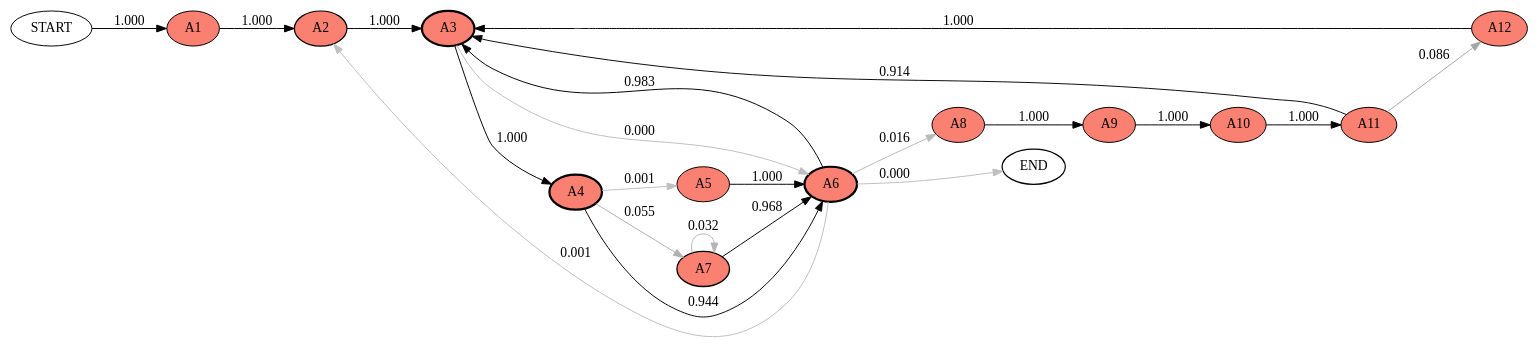
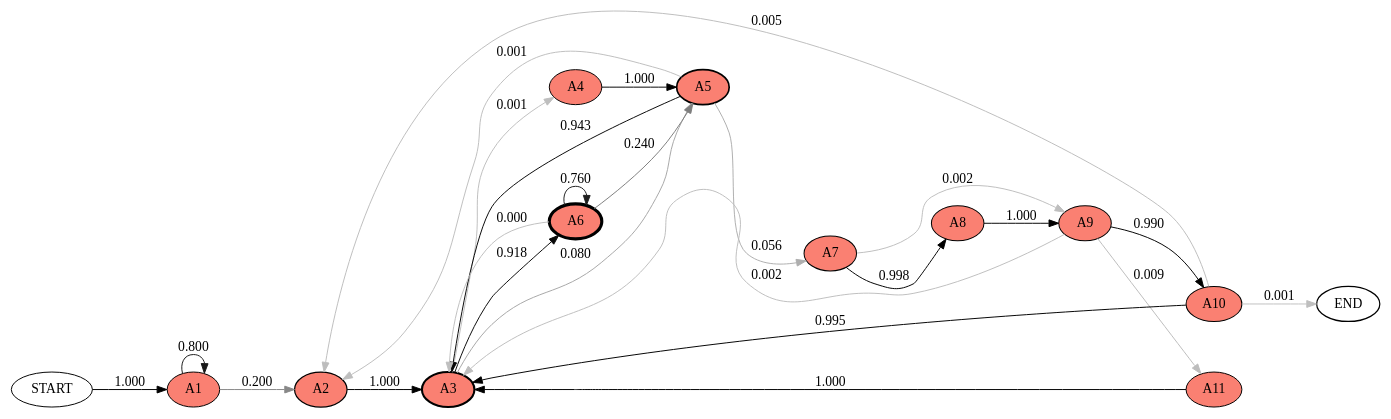
The diagram in code/notebooks/test.pdf.dot (bayesianbrad/openmalaria_probprog), drawn with Graphviz before and after one commit. The commit also changed 5 other files, not shown here.

```diff
--- a/code/notebooks/test.pdf.dot
+++ b/code/notebooks/test.pdf.dot
@@ -1,38 +1,40 @@
 digraph G {
 rankdir=LR;
-START [color=black, fillcolor="#ffffff", fontcolor=black, penwidth=1.0002287360589768, style=filled];
-A1 [color=black, fillcolor="#fa8072", fontcolor=black, penwidth=1.0002287360589768, style=filled];
+START [color=black, fillcolor="#ffffff", fontcolor=black, penwidth=1.0000256124886766, style=filled];
+A1 [color=black, fillcolor="#fa8072", fontcolor=black, penwidth=1.000128061061155, style=filled];
 START -> A1  [color="#000000", fontcolor=black, label="1.000", weight=1.0];
-A2 [color=black, fillcolor="#fa8072", fontcolor=black, penwidth=1.2514294625724809, style=filled];
-A1 -> A2  [color="#000000", fontcolor=black, label="1.000", weight=1.0];
-A3 [color=black, fillcolor="#fa8072", fontcolor=black, penwidth=2.300448153525811, style=filled];
+A1 -> A1  [color="#181818", fontcolor=black, label="0.800", weight=0.8];
+A2 [color=black, fillcolor="#fa8072", fontcolor=black, penwidth=1.2512804896750374, style=filled];
+A1 -> A2  [color="#888888", fontcolor=black, label="0.200", weight=0.2];
+A3 [color=black, fillcolor="#fa8072", fontcolor=black, penwidth=2.1523843242351464, style=filled];
 A2 -> A3  [color="#000000", fontcolor=black, label="1.000", weight=1.0];
-A4 [color=black, fillcolor="#fa8072", fontcolor=black, penwidth=2.3001160108580123, style=filled];
-A3 -> A4  [color="#000000", fontcolor=black, label="1.000", weight=0.9996989765201686];
-A5 [color=black, fillcolor="#fa8072", fontcolor=black, penwidth=1.0011435700579847, style=filled];
-A4 -> A5  [color="#bfbfbf", fontcolor=black, label="0.001", weight=0.001];
-A6 [color=black, fillcolor="#fa8072", fontcolor=black, penwidth=2.300448153525811, style=filled];
-A5 -> A6  [color="#000000", fontcolor=black, label="1.000", weight=1.0];
-A6 -> A3  [color="#010101", fontcolor=black, label="0.983", weight=0.9834437086092715];
-A4 -> A6  [color="#060606", fontcolor=black, label="0.944", weight=0.9444444444444444];
-A7 [color=black, fillcolor="#fa8072", fontcolor=black, penwidth=1.3565402493449126, style=filled];
-A4 -> A7  [color="#afafaf", fontcolor=black, label="0.055", weight=0.05480277024992472];
-A7 -> A6  [color="#030303", fontcolor=black, label="0.968", weight=0.9680851063829787];
-A8 [color=black, fillcolor="#fa8072", fontcolor=black, penwidth=1.023957193423561, style=filled];
-A6 -> A8  [color="#bababa", fontcolor=black, label="0.016", weight=0.01580373269114991];
-A9 [color=black, fillcolor="#fa8072", fontcolor=black, penwidth=1.023957193423561, style=filled];
+A4 [color=black, fillcolor="#fa8072", fontcolor=black, penwidth=1.0010243917400299, style=filled];
+A3 -> A4  [color="#bebebe", fontcolor=black, label="0.001", weight=0.0013082583810302534];
+A5 [color=black, fillcolor="#fa8072", fontcolor=black, penwidth=1.721842309031075, style=filled];
+A4 -> A5  [color="#000000", fontcolor=black, label="1.000", weight=1.0];
+A5 -> A3  [color="#060606", fontcolor=black, label="0.943", weight=0.9427580792882376];
+A3 -> A5  [color="#a7a7a7", fontcolor=black, label="0.080", weight=0.08035977105478331];
+A6 [color=black, fillcolor="#fa8072", fontcolor=black, penwidth=3.2244978192962184, style=filled];
+A3 -> A6  [color="#090909", fontcolor=black, label="0.918", weight=0.9183319705641865];
+A6 -> A5  [color="#7e7e7e", fontcolor=black, label="0.240", weight=0.23956208988591468];
+A6 -> A6  [color="#1e1e1e", fontcolor=black, label="0.760", weight=0.7604123113155222];
+A7 [color=black, fillcolor="#fa8072", fontcolor=black, penwidth=1.0438243931200688, style=filled];
+A5 -> A7  [color="#aeaeae", fontcolor=black, label="0.056", weight=0.056227920973439746];
+A8 [color=black, fillcolor="#fa8072", fontcolor=black, penwidth=1.043748264357189, style=filled];
+A7 -> A8  [color="#000000", fontcolor=black, label="0.998", weight=0.9982547993019197];
+A9 [color=black, fillcolor="#fa8072", fontcolor=black, penwidth=1.0438243931200688, style=filled];
 A8 -> A9  [color="#000000", fontcolor=black, label="1.000", weight=1.0];
-A10 [color=black, fillcolor="#fa8072", fontcolor=black, penwidth=1.023957193423561, style=filled];
-A9 -> A10  [color="#000000", fontcolor=black, label="1.000", weight=1.0];
-A11 [color=black, fillcolor="#fa8072", fontcolor=black, penwidth=1.023957193423561, style=filled];
-A10 -> A11  [color="#000000", fontcolor=black, label="1.000", weight=1.0];
-A11 -> A3  [color="#090909", fontcolor=black, label="0.914", weight=0.9142857142857143];
-A6 -> A2  [color="#bfbfbf", fontcolor=black, label="0.001", weight=0.001];
-A12 [color=black, fillcolor="#fa8072", fontcolor=black, penwidth=1.0020582277034502, style=filled];
-A11 -> A12  [color="#a6a6a6", fontcolor=black, label="0.086", weight=0.08571428571428572];
-A12 -> A3  [color="#000000", fontcolor=black, label="1.000", weight=1.0];
-A7 -> A7  [color="#b5b5b5", fontcolor=black, label="0.032", weight=0.031914893617021274];
-A3 -> A6  [color="#bfbfbf", fontcolor=black, label="0.000", weight=0.001];
-END [color=black, fillcolor="#ffffff", fontcolor=black, penwidth=1.250285920073721, style=filled];
-A6 -> END  [color="#bfbfbf", fontcolor=black, label="0.000", weight=0.001];
+A10 [color=black, fillcolor="#fa8072", fontcolor=black, penwidth=1.0433676020541154, style=filled];
+A9 -> A10  [color="#010101", fontcolor=black, label="0.990", weight=0.9895287958115183];
+A10 -> A3  [color="#000000", fontcolor=black, label="0.995", weight=0.9947089947089947];
+A10 -> A2  [color="#bdbdbd", fontcolor=black, label="0.005", weight=0.004703115814226925];
+A5 -> A2  [color="#bebebe", fontcolor=black, label="0.001", weight=0.0010139997383226483];
+A7 -> A9  [color="#bebebe", fontcolor=black, label="0.002", weight=0.0017452006980802793];
+A11 [color=black, fillcolor="#fa8072", fontcolor=black, penwidth=1.000384172817013, style=filled];
+A9 -> A11  [color="#bcbcbc", fontcolor=black, label="0.009", weight=0.008726003490401396];
+A11 -> A3  [color="#000000", fontcolor=black, label="1.000", weight=1.0];
+A9 -> A3  [color="#bebebe", fontcolor=black, label="0.002", weight=0.0017452006980802793];
+A6 -> A3  [color="#bfbfbf", fontcolor=black, label="0.000", weight=0.001];
+END [color=black, fillcolor="#ffffff", fontcolor=black, penwidth=1.2500320156108458, style=filled];
+A10 -> END  [color="#bfbfbf", fontcolor=black, label="0.001", weight=0.001];
 }
```
